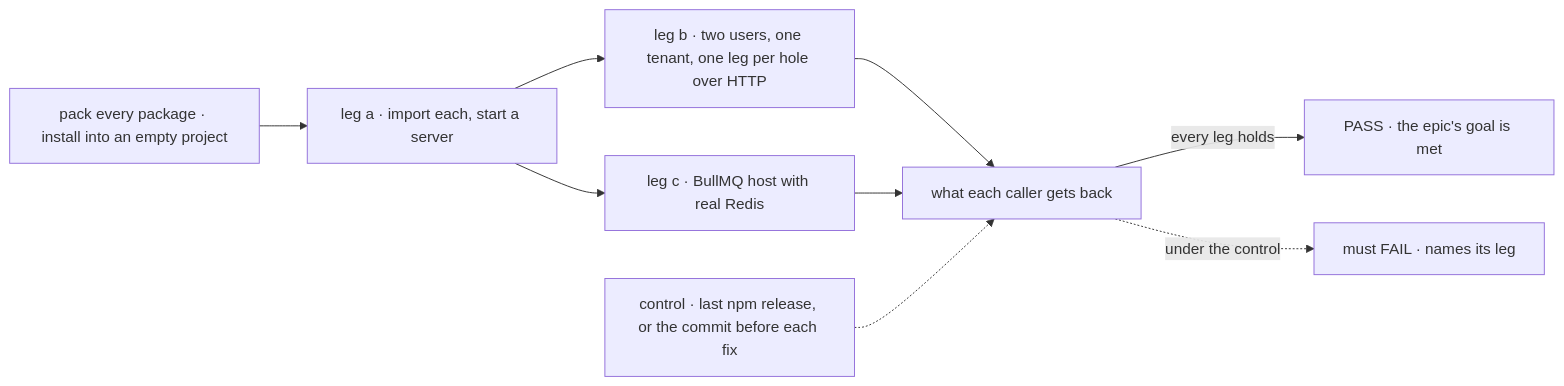
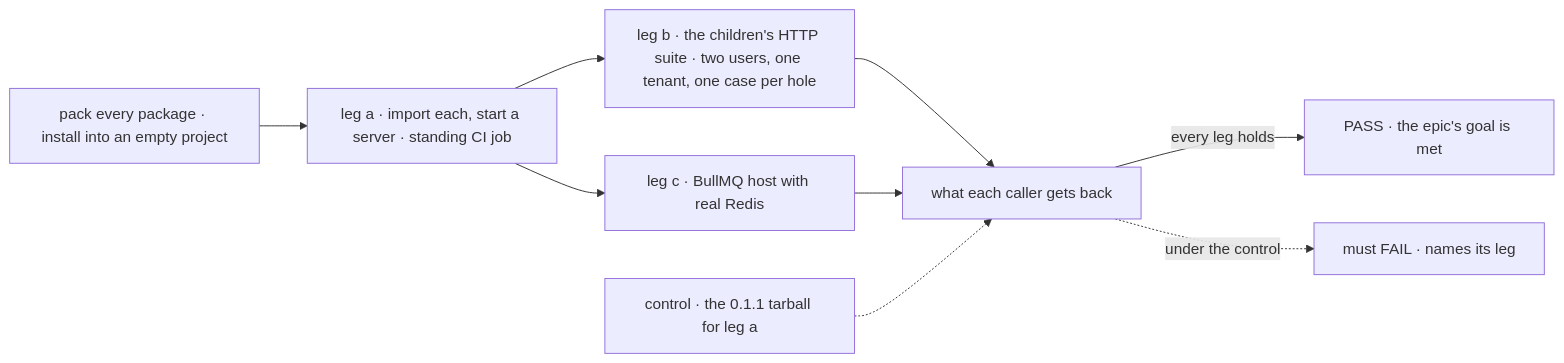
Before and after one commit to fixpoint-labs/flow-state-dev: the first of 2 diagrams in specs/epics/FIX-1635/SPEC.md, drawn with Mermaid. The commit also changed other lines of this file and 6 other files, not shown here.

````diff
--- a/specs/epics/FIX-1635/SPEC.md
+++ b/specs/epics/FIX-1635/SPEC.md
@@ -36,11 +36,11 @@
 ```mermaid
 flowchart LR
-  A["pack every package · install into an empty project"] --> L1["leg a · import each, start a server"]
-  L1 --> L2["leg b · two users, one tenant, one leg per hole over HTTP"]
+  A["pack every package · install into an empty project"] --> L1["leg a · import each, start a server · standing CI job"]
+  L1 --> L2["leg b · the children's HTTP suite · two users, one tenant, one case per hole"]
   L1 --> L3["leg c · BullMQ host with real Redis"]
   L2 --> R["what each caller gets back"]
   L3 --> R
   R -->|"every leg holds"| P["PASS · the epic's goal is met"]
-  C["control · last npm release, or the commit before each fix"] -.-> R
+  C["control · the 0.1.1 tarball for leg a"] -.-> R
   R -.->|"under the control"| F["must FAIL · names its leg"]
 ```
````
